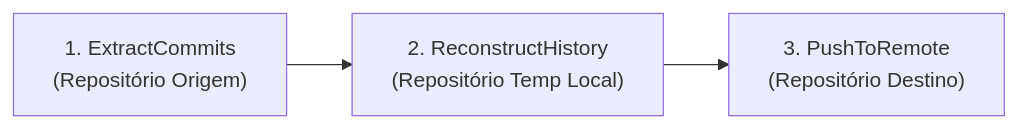
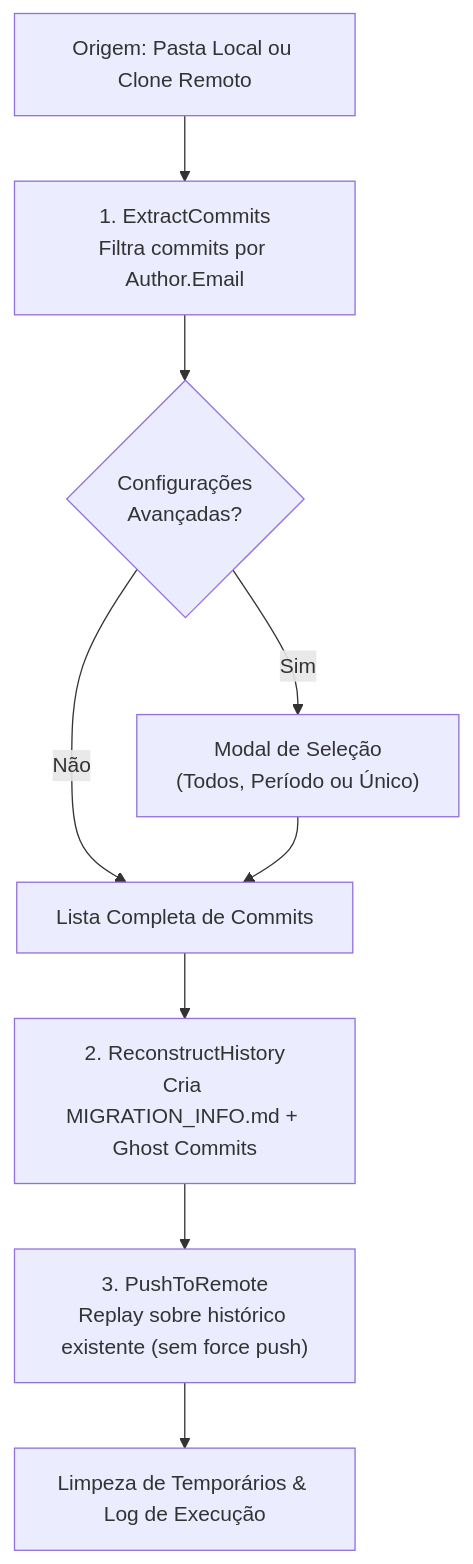
Before and after one commit to CesarOvies/GitCommitMigrator: the diagram in README.md, drawn with Mermaid. The commit also changed other lines of this file, not shown here.

````diff
--- a/README.md
+++ b/README.md
@@ -20,5 +89,11 @@
 ```mermaid
-flowchart LR
-    A["1. ExtractCommits\n(Repositório Origem)"] --> B["2. ReconstructHistory\n(Repositório Temp Local)"]
-    B --> C["3. PushToRemote\n(Repositório Destino)"]
+flowchart TD
+    A["Origem: Pasta Local ou Clone Remoto"] --> B["1. ExtractCommits\nFiltra commits por Author.Email"]
+    B --> C{"Configurações\nAvançadas?"}
+    C -- "Sim" --> D["Modal de Seleção\n(Todos, Período ou Único)"]
+    C -- "Não" --> E["Lista Completa de Commits"]
+    D --> E
+    E --> F["2. ReconstructHistory\nCria MIGRATION_INFO.md + Ghost Commits"]
+    F --> G["3. PushToRemote\nReplay sobre histórico existente (sem force push)"]
+    G --> H["Limpeza de Temporários & Log de Execução"]
 ```
````
